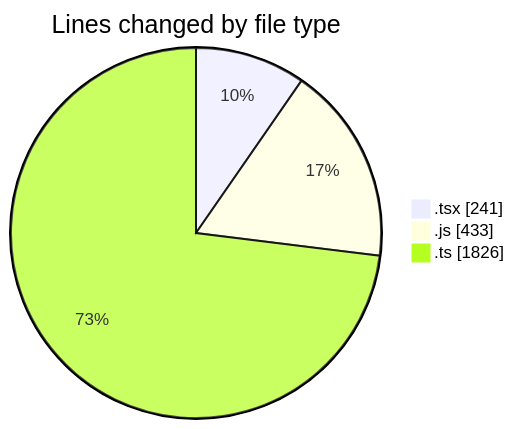
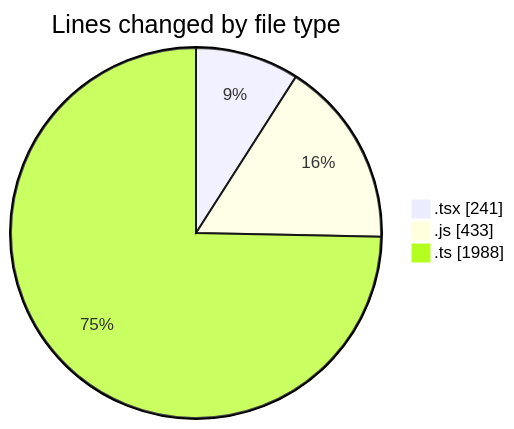
The first of 2 diagrams in 2026-08-17/cda/README.md (momahboobian/code-tracking), drawn with Mermaid before and after one commit. The commit also changed other lines of this file and 1 other file, not shown here.

````diff
--- a/2026-08-17/cda/README.md
+++ b/2026-08-17/cda/README.md
@@ -26,7 +28,7 @@
 ```mermaid
 pie showData
 title Lines changed by file type
 ".tsx" : 241
 ".js" : 433
-".ts" : 1826
+".ts" : 1988
 ```
````
